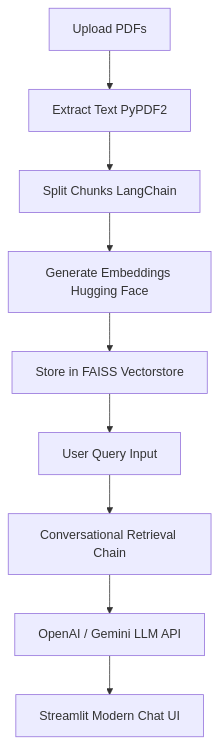
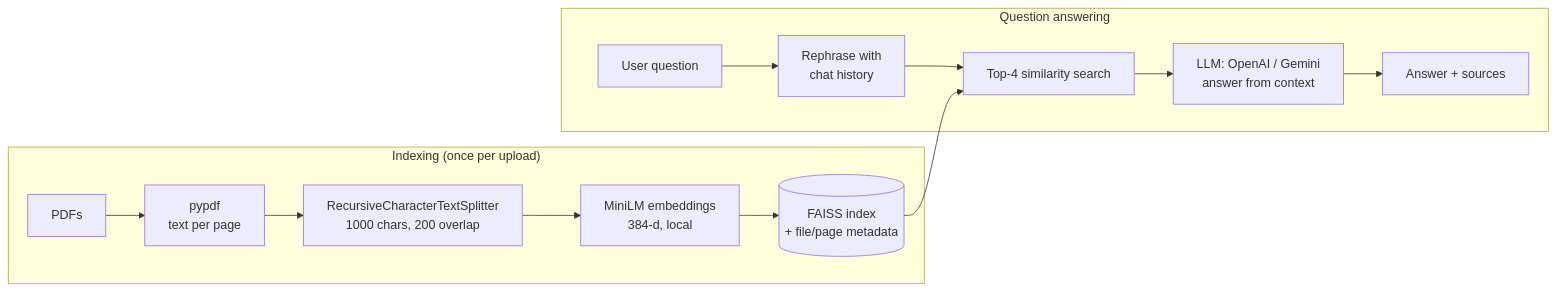
Before and after one commit to Sapair-og/chat-with-pdf: the first of 2 diagrams in README.md, drawn with Mermaid. The commit also changed other lines of this file and 2 other files, not shown here.

Commit message:
Rewrite README with architecture diagrams and screenshot, add MIT license

````diff
--- a/README.md
+++ b/README.md
@@ -25,11 +22,16 @@
 ```mermaid
-graph TD
-    A[Upload PDFs] --> B[Extract Text PyPDF2]
-    B --> C[Split Chunks LangChain]
-    C --> D[Generate Embeddings Hugging Face]
-    D --> E[Store in FAISS Vectorstore]
-    E --> F[User Query Input]
-    F --> G[Conversational Retrieval Chain]
-    G --> H[OpenAI / Gemini LLM API]
-    H --> I[Streamlit Modern Chat UI]
+flowchart LR
+    subgraph Ingest["Indexing (once per upload)"]
+        P[PDFs] --> X[pypdf<br/>text per page]
+        X --> S[RecursiveCharacterTextSplitter<br/>1000 chars, 200 overlap]
+        S --> E[MiniLM embeddings<br/>384-d, local]
+        E --> V[(FAISS index<br/>+ file/page metadata)]
+    end
+    subgraph Ask["Question answering"]
+        Q[User question] --> R[Rephrase with<br/>chat history]
+        R --> K[Top-4 similarity search]
+        V --> K
+        K --> L[LLM: OpenAI / Gemini<br/>answer from context]
+        L --> A[Answer + sources]
+    end
 ```
````
